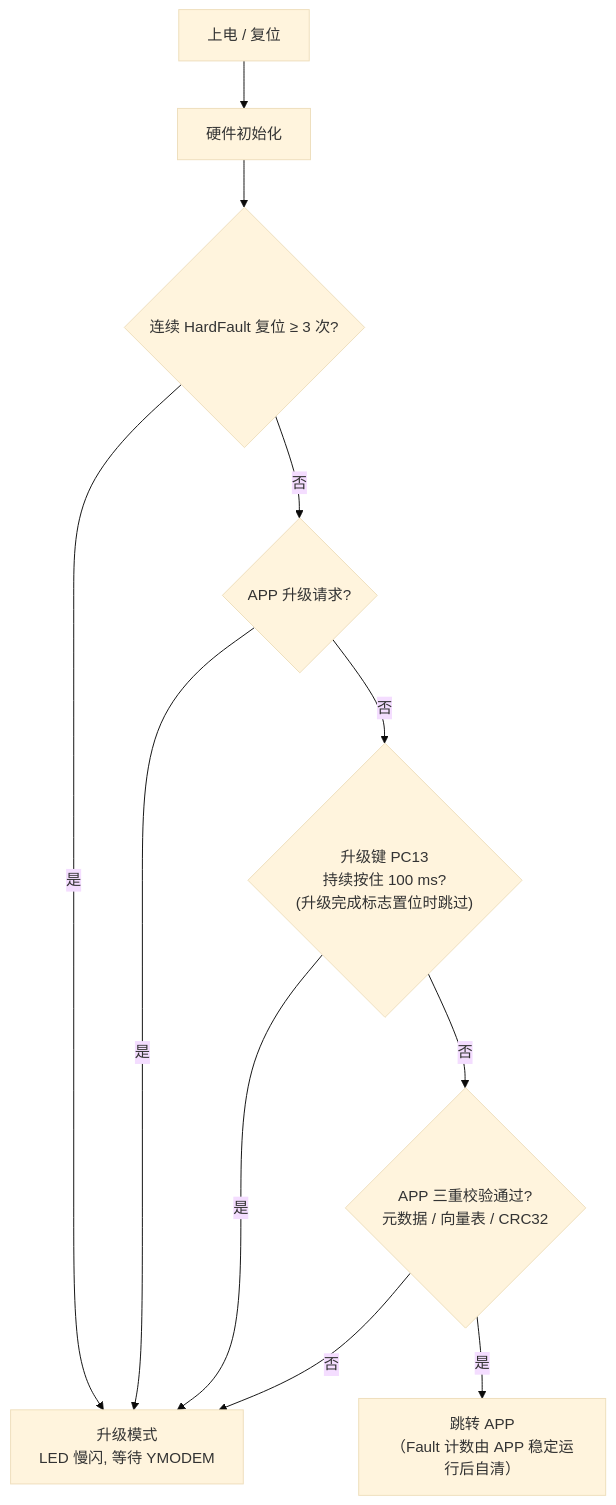
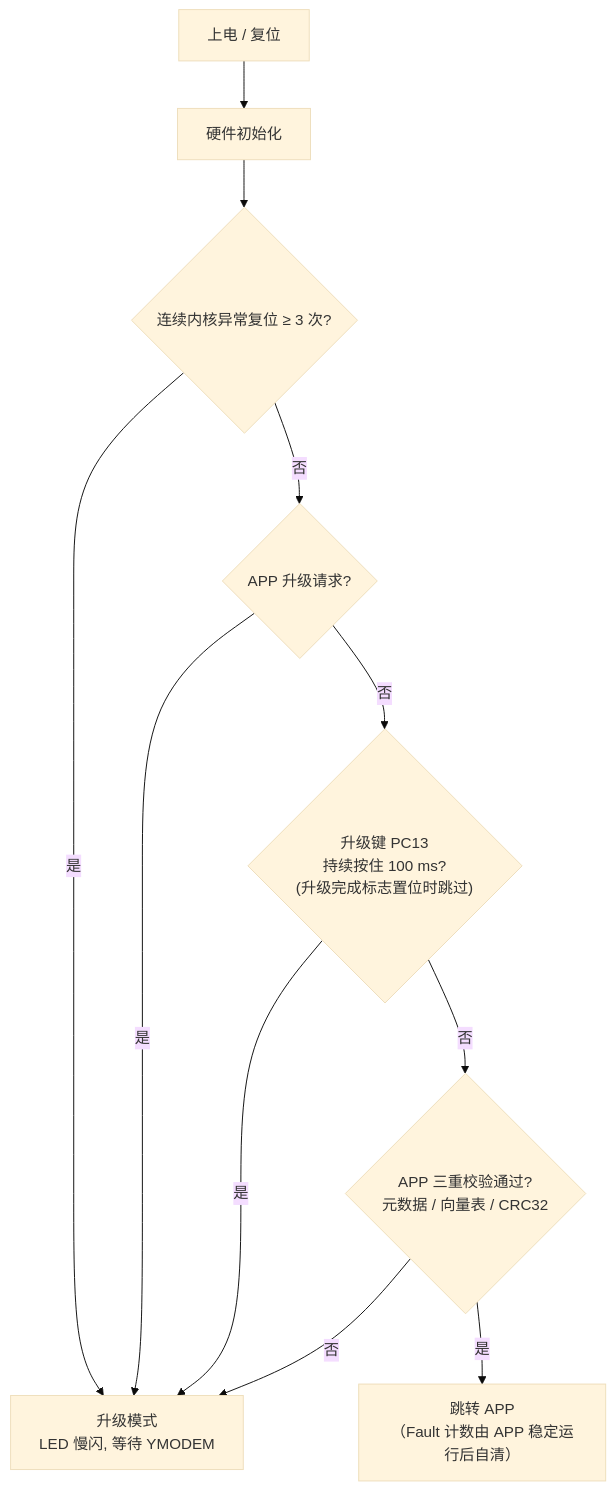
The diagram in docs/系统设计.md (zyf0205/BootLoader), drawn with Mermaid (base theme) before and after one commit. The commit also changed other lines of this file and 7 other files, not shown here.

First line of the commit message:
修复除 HardFault 外的内核异常直接挂死

````diff
--- a/docs/系统设计.md
+++ b/docs/系统设计.md
@@ -45,13 +45,13 @@
 ```mermaid
 flowchart TD
     A["上电 / 复位"] --> B["硬件初始化"]
-    B --> C{"连续 HardFault 复位 ≥ 3 次?"}
+    B --> C{"连续内核异常复位 ≥ 3 次?"}
     C -- "是" --> UPD["升级模式<br/>LED 慢闪, 等待 YMODEM"]
     C -- "否" --> D{"APP 升级请求?"}
     D -- "是" --> UPD
     D -- "否" --> E{"升级键 PC13<br/>持续按住 100 ms?<br/>(升级完成标志置位时跳过)"}
     E -- "是" --> UPD
     E -- "否" --> F{"APP 三重校验通过?<br/>元数据 / 向量表 / CRC32"}
     F -- "否" --> UPD
     F -- "是" --> G["跳转 APP<br/>（Fault 计数由 APP 稳定运行后自清）"]
 ```
````
